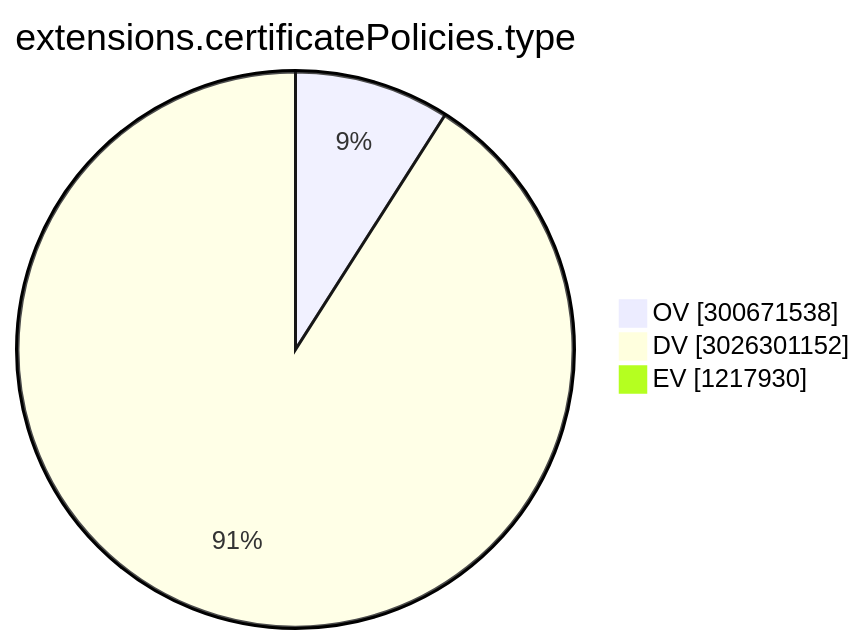
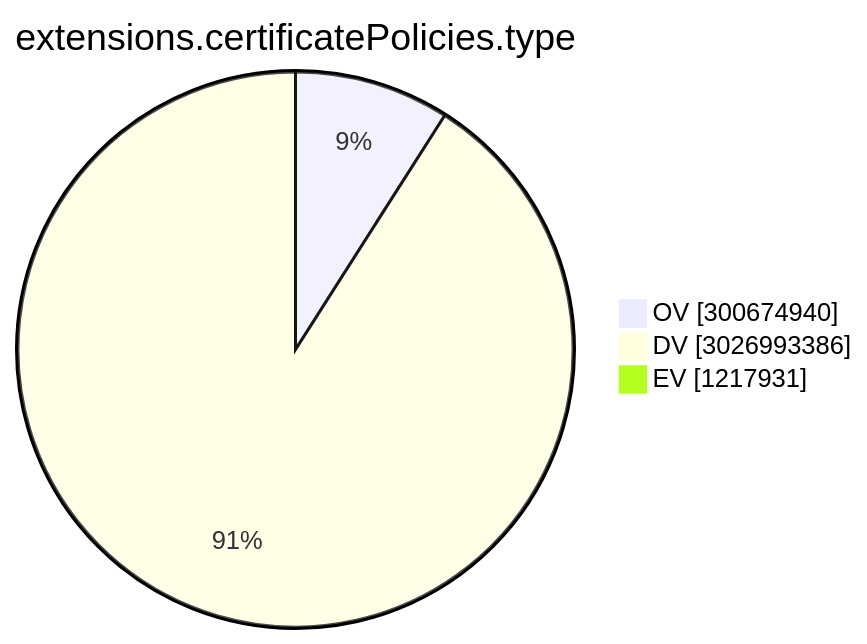
One commit to christiankrug/ctmonitor_visualization changed the ninth of 15 diagrams in TOTAL/README.md. Above: the diagram before and after it, drawn with Mermaid. The commit also changed other lines of this file, not shown here.

````diff
--- a/TOTAL/README.md
+++ b/TOTAL/README.md
@@ -3102,7 +3102,7 @@
 ```mermaid
 pie showData
 title extensions.certificatePolicies.type
-"OV" :300671538
-"DV" :3026301152
-"EV" :1217930
+"OV" :300674940
+"DV" :3026993386
+"EV" :1217931
 ```
````
